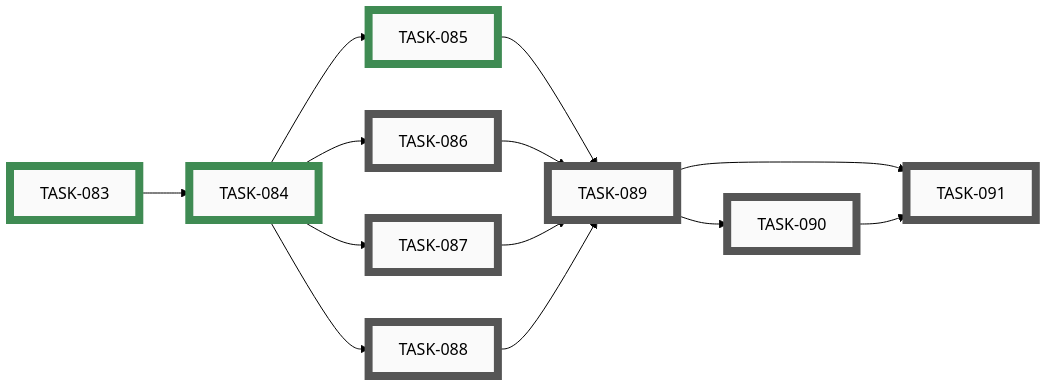
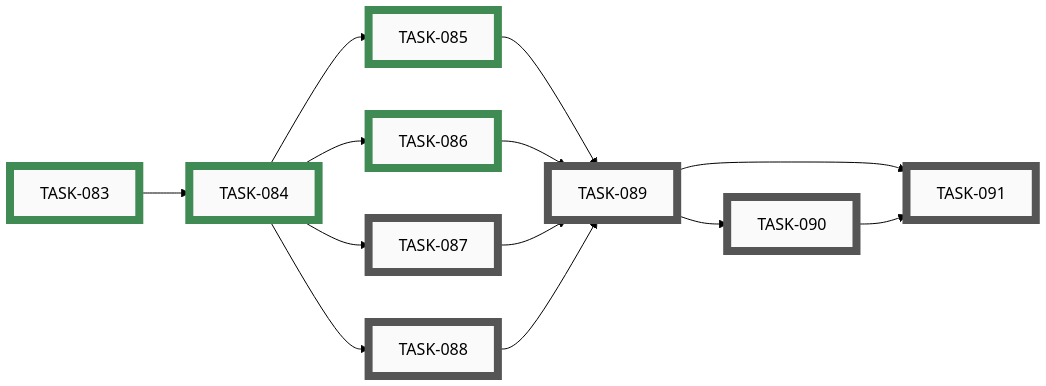
One commit to tgd1975/CircuitSmith changed diagram 11 of 15 in docs/developers/tasks/EPICS.md. Above: the diagram before and after it, drawn with Mermaid (forest theme). The commit also changed other lines of this file and 6 other files, not shown here.

First line of the commit message:
close TASK-086: author the layout-kernel and router subsystem test plans

````diff
--- a/docs/developers/tasks/EPICS.md
+++ b/docs/developers/tasks/EPICS.md
@@ -661,41 +661,41 @@
 ```mermaid
 graph LR
-    TASK_086["TASK-086"]:::open
     TASK_087["TASK-087"]:::open
     TASK_088["TASK-088"]:::open
     TASK_089["TASK-089"]:::open
     TASK_090["TASK-090"]:::open
     TASK_091["TASK-091"]:::open
     TASK_083["TASK-083"]:::closed
     TASK_084["TASK-084"]:::closed
     TASK_085["TASK-085"]:::closed
-    TASK_084 --> TASK_086
+    TASK_086["TASK-086"]:::closed
     TASK_084 --> TASK_087
     TASK_084 --> TASK_088
     TASK_085 --> TASK_089
     TASK_086 --> TASK_089
     TASK_087 --> TASK_089
     TASK_088 --> TASK_089
     TASK_089 --> TASK_090
     TASK_089 --> TASK_091
     TASK_090 --> TASK_091
     TASK_083 --> TASK_084
     TASK_084 --> TASK_085
-    click TASK_086 "open/task-086-document-layout-and-router-test-plan.md"
+    TASK_084 --> TASK_086
     click TASK_087 "open/task-087-document-renderer-and-erc-test-plan.md"
     click TASK_088 "open/task-088-document-exporters-orchestration-ci-test-plan.md"
     click TASK_089 "open/task-089-write-top-level-coverage-matrix.md"
     click TASK_090 "open/task-090-file-followup-tasks-for-coverage-gaps.md"
     click TASK_091 "open/task-091-ci-staleness-check-for-test-plan.md"
     click TASK_083 "closed/task-083-scaffold-testing-docs-directory.md"
     click TASK_084 "closed/task-084-inventory-existing-test-surface.md"
     click TASK_085 "closed/task-085-document-schema-and-netgraph-test-plan.md"
+    click TASK_086 "closed/task-086-document-layout-and-router-test-plan.md"
     classDef open    fill:#FAFAFA,stroke:#555,stroke-width:8px,color:#000
     classDef active  fill:#FAFAFA,stroke:#1A6FA8,stroke-width:8px,color:#000
     classDef closed  fill:#FAFAFA,stroke:#3F8B53,stroke-width:8px,color:#000
     classDef paused  fill:#FAFAFA,stroke:#B07810,stroke-width:8px,color:#000
     classDef openExt    fill:#000,stroke:#888,stroke-width:8px,color:#FFF
     classDef activeExt  fill:#000,stroke:#3FA9F5,stroke-width:8px,color:#FFF
     classDef closedExt  fill:#000,stroke:#7CC68A,stroke-width:8px,color:#FFF
     classDef pausedExt  fill:#000,stroke:#F0B030,stroke-width:8px,color:#FFF
 ```
````
